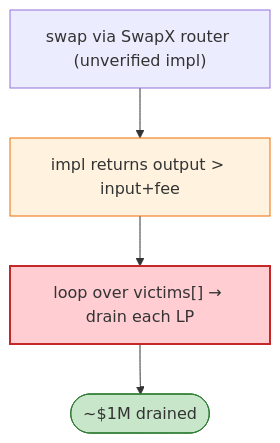
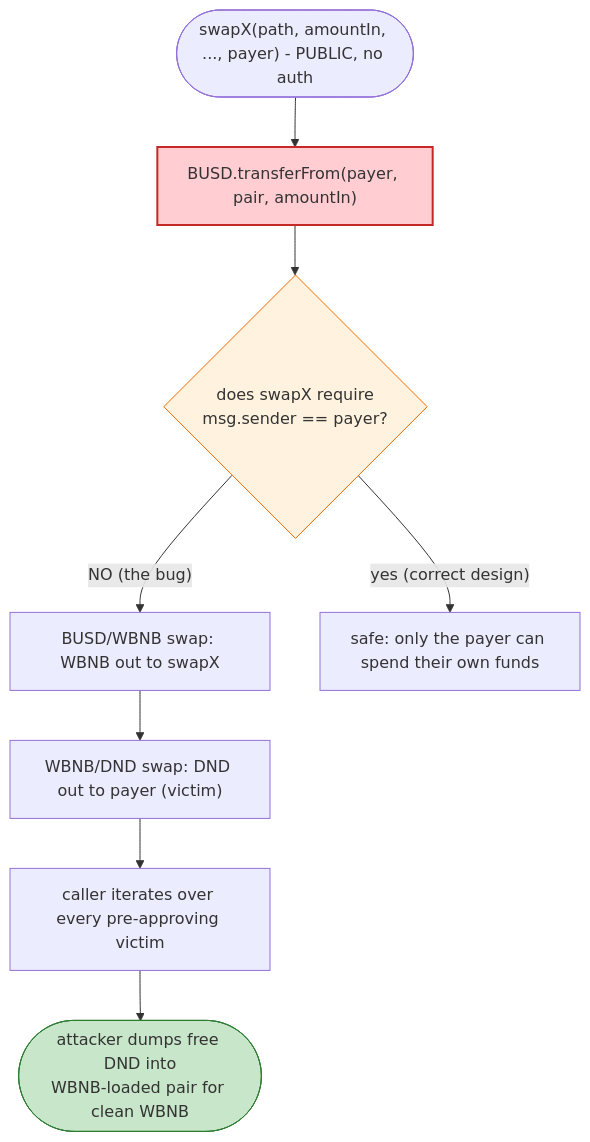
One commit to sanbir/evm-hack-registry changed the third of 4 diagrams in 2023-02-SwapX_exp/SwapX_exp.md. Above: the diagram before and after it, drawn with Mermaid. The commit also changed other lines of this file and 52 other files, not shown here.

````diff
--- a/2023-02-SwapX_exp/SwapX_exp.md
+++ b/2023-02-SwapX_exp/SwapX_exp.md
@@ -38,10 +317,14 @@
 ```mermaid
 flowchart TD
-    A["swap via SwapX router (unverified impl)"] --> M["impl returns output > input+fee"]
-    M --> L["loop over victims[] → drain each LP"]
-    L --> OUT(["~$1M drained"])
+    Start(["swapX(path, amountIn, ..., payer) - PUBLIC, no auth"]) --> Pull["BUSD.transferFrom(payer, pair, amountIn)"]
+    Pull --> Check{"does swapX require<br/>msg.sender == payer?"}
+    Check -- "NO (the bug)" --> Hop1["BUSD/WBNB swap: WBNB out to swapX"]
+    Check -- "yes (correct design)" --> Safe["safe: only the payer can spend their own funds"]
+    Hop1 --> Hop2["WBNB/DND swap: DND out to payer (victim)"]
+    Hop2 --> Loop["caller iterates over every pre-approving victim"]
+    Loop --> Exit(["attacker dumps free DND into<br/>WBNB-loaded pair for clean WBNB"])
 
-    style M fill:#fff3e0,stroke:#ef6c00
-    style L fill:#ffcdd2,stroke:#c62828,stroke-width:2px
-    style OUT fill:#c8e6c9,stroke:#2e7d32
+    style Pull fill:#ffcdd2,stroke:#c62828,stroke-width:2px
+    style Check fill:#fff3e0,stroke:#ef6c00
+    style Exit fill:#c8e6c9,stroke:#2e7d32
 ```
````
